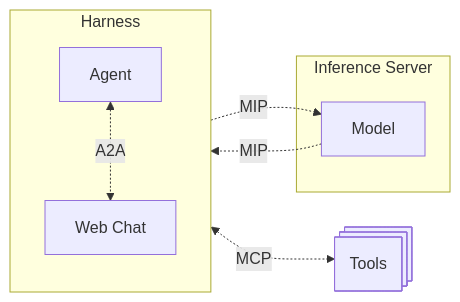
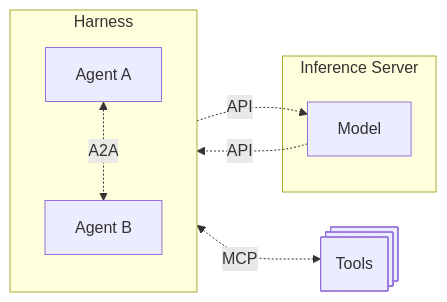
The first of 3 diagrams in Lecture/01_AI_App_Stack/Slides/Slides.md (mcgheee/AI_02H), drawn with Mermaid before and after one commit. The commit also changed other lines of this file, not shown here.

````diff
--- a/Lecture/01_AI_App_Stack/Slides/Slides.md
+++ b/Lecture/01_AI_App_Stack/Slides/Slides.md
@@ -49,16 +37,16 @@
 ```mermaid
 flowchart LR
   subgraph harness["Harness"]
     direction TD
-    agent["Agent"]
-    web["Web Chat"]
+    agenta["Agent A"]
+    agentb["Agent B"]
   end
   tools@{ shape: st-rect, label: Tools}
   subgraph inference["Inference Server"]
     model["Model"]
   end
-  agent <-. A2A .-> web
+  agenta <-. A2A .-> agentb
   harness <-. MCP .-> tools
-  harness -. MIP .-> model
-  model -. MIP .-> harness
+  harness -. API .-> model
+  model -. API .-> harness
 ```
````
